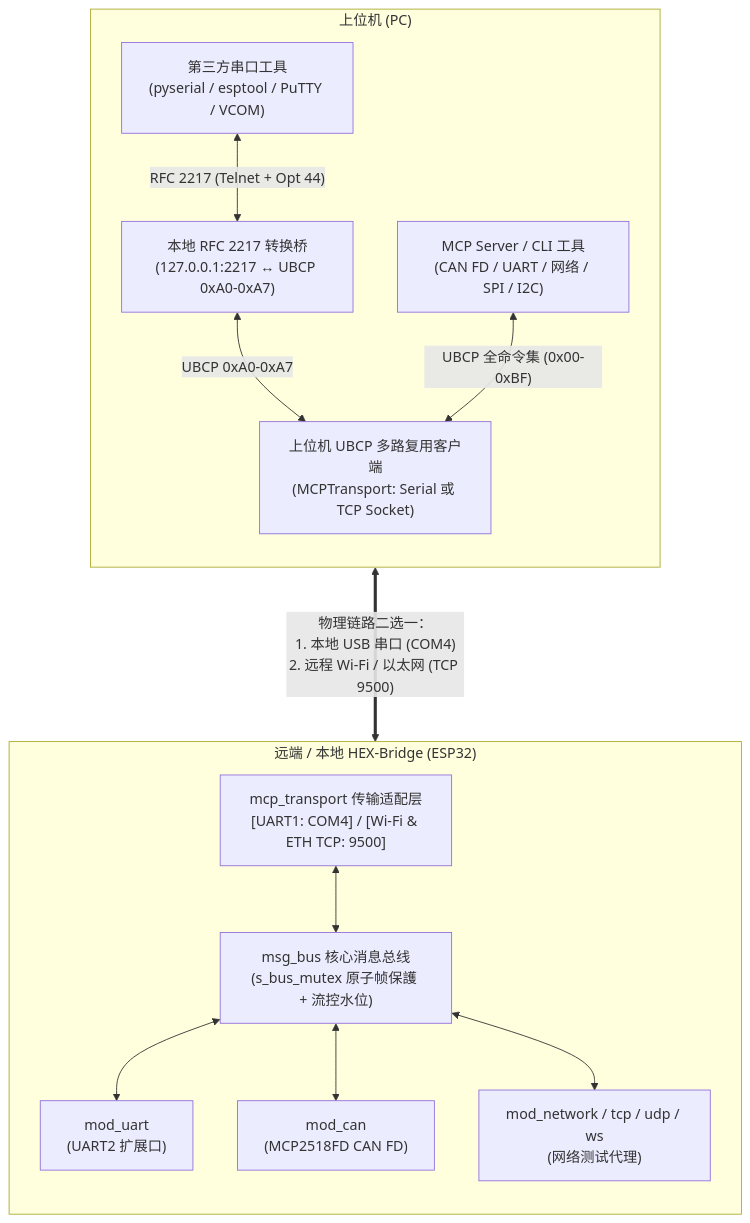
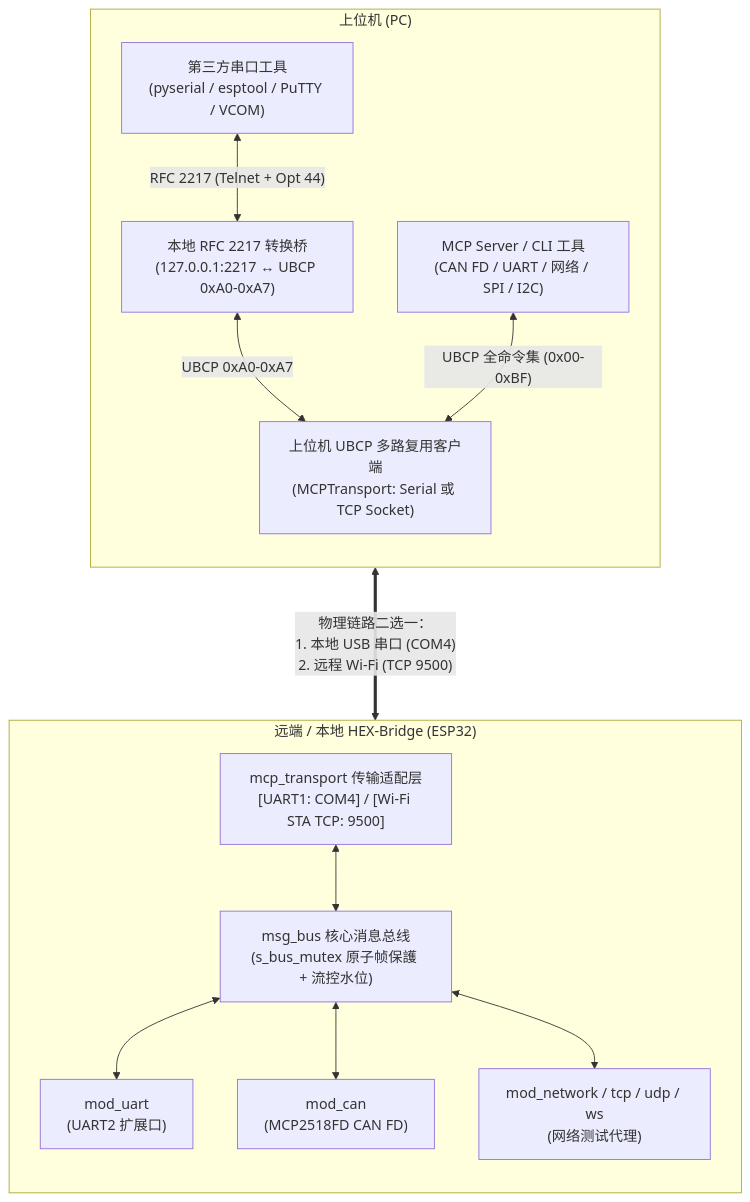
The second of 2 diagrams in files/design/firmware/05-Bridge-Design.md (dotLinePlane-com/hex-bridge), drawn with Mermaid before and after one commit. The commit also changed other lines of this file and 28 other files, not shown here.

````diff
--- a/files/design/firmware/05-Bridge-Design.md
+++ b/files/design/firmware/05-Bridge-Design.md
@@ -204,28 +202,28 @@
 ```mermaid
 flowchart TB
     subgraph HostPC["上位机 (PC)"]
         direction TB
         ThirdParty["第三方串口工具\n(pyserial / esptool / PuTTY / VCOM)"]
         RFCBridge["本地 RFC 2217 转换桥\n(127.0.0.1:2217 ↔ UBCP 0xA0-0xA7)"]
         MCPServer["MCP Server / CLI 工具\n(CAN FD / UART / 网络 / SPI / I2C)"]
         MuxClient["上位机 UBCP 多路复用客户端\n(MCPTransport: Serial 或 TCP Socket)"]
 
         ThirdParty <-->|"RFC 2217 (Telnet + Opt 44)"| RFCBridge
         RFCBridge <-->|"UBCP 0xA0-0xA7"| MuxClient
         MCPServer <-->|"UBCP 全命令集 (0x00-0xBF)"| MuxClient
     end
 
     subgraph ESP32["远端 / 本地 HEX-Bridge (ESP32)"]
         direction TB
-        Trans["mcp_transport 传输适配层\n[UART1: COM4] / [Wi-Fi & ETH TCP: 9500]"]
+        Trans["mcp_transport 传输适配层\n[UART1: COM4] / [Wi-Fi STA TCP: 9500]"]
         Bus["msg_bus 核心消息总线\n(s_bus_mutex 原子帧保護 + 流控水位)"]
         UART2["mod_uart\n(UART2 扩展口)"]
         CAN["mod_can\n(MCP2518FD CAN FD)"]
         NET["mod_network / tcp / udp / ws\n(网络测试代理)"]
 
         Trans <--> Bus
         Bus <--> UART2 & CAN & NET
     end
 
-    MuxClient <===>|"物理链路二选一：\n1. 本地 USB 串口 (COM4)\n2. 远程 Wi-Fi / 以太网 (TCP 9500)"| Trans
+    MuxClient <===>|"物理链路二选一：\n1. 本地 USB 串口 (COM4)\n2. 远程 Wi-Fi (TCP 9500)"| Trans
 ```
````
